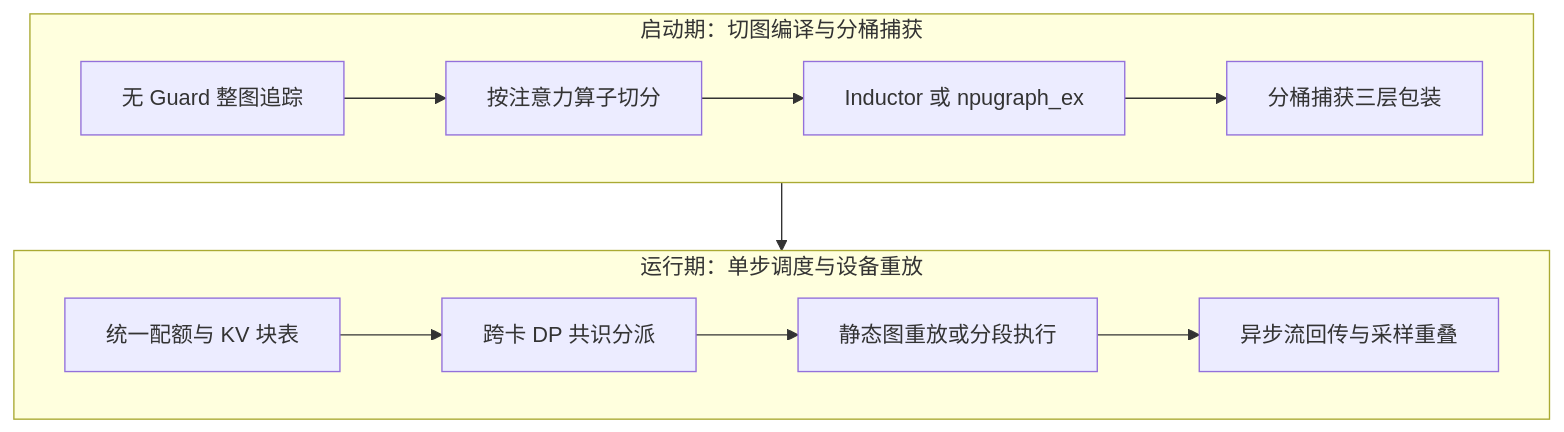
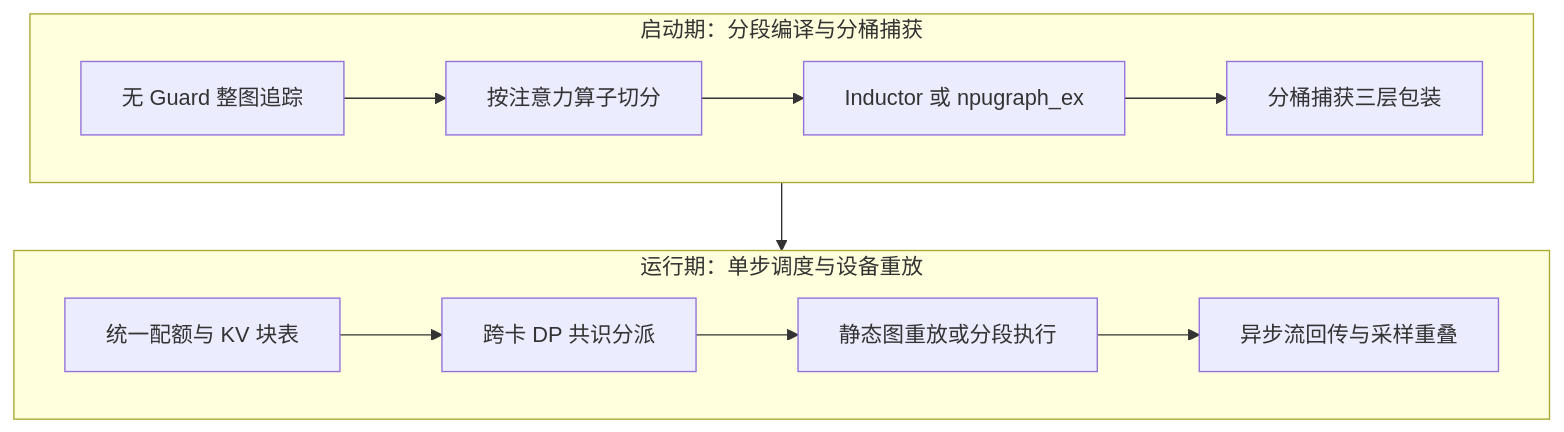
Before and after one commit to xingcanlee/infra-note: the diagram in src/content/posts/vllm/index.mdx, drawn with Mermaid. The commit also changed other lines of this file and 154 other files, not shown here.

````diff
--- a/src/content/posts/vllm/index.mdx
+++ b/src/content/posts/vllm/index.mdx
@@ -22,16 +22,16 @@
 ```mermaid caption="图 1：推理引擎启动期构图与运行期单步执行链路"
 flowchart TB
-    subgraph BOOT["启动期：切图编译与分桶捕获"]
+    subgraph BOOT["启动期：分段编译与分桶捕获"]
         direction LR
         B1["无 Guard 整图追踪"] --> B2["按注意力算子切分"]
         B2 --> B3["Inductor 或 npugraph_ex"]
         B3 --> B4["分桶捕获三层包装"]
     end
     subgraph STEP["运行期：单步调度与设备重放"]
         direction LR
         R1["统一配额与 KV 块表"] --> R2["跨卡 DP 共识分派"]
         R2 --> R3["静态图重放或分段执行"]
         R3 --> R4["异步流回传与采样重叠"]
     end
     B4 --> R3
 ```
````
